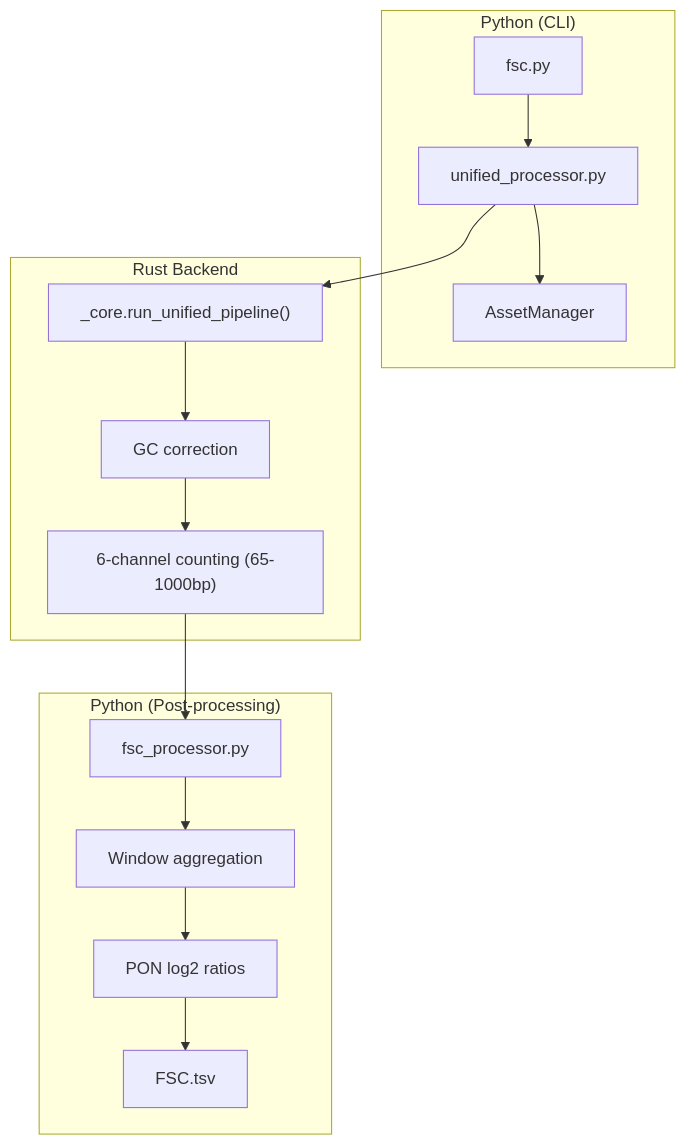
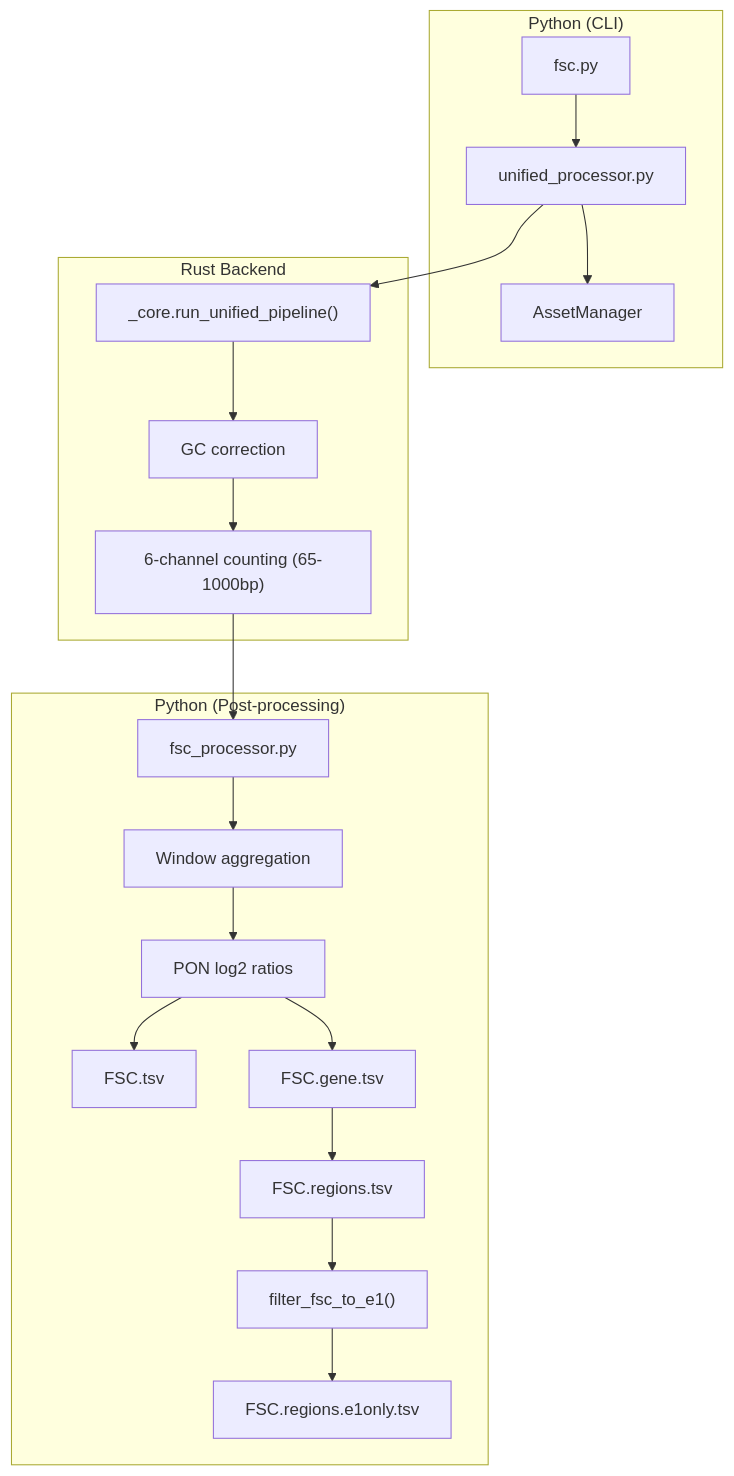
The second of 3 diagrams in docs/features/fsc.md (msk-access/krewlyzer), drawn with Mermaid before and after one commit. The commit also changed other lines of this file and 19 other files, not shown here.

````diff
--- a/docs/features/fsc.md
+++ b/docs/features/fsc.md
@@ -84,20 +84,24 @@
 ```mermaid
 flowchart TB
     subgraph "Python (CLI)"
         CLI["fsc.py"] --> UP["unified_processor.py"]
         UP --> ASSETS["AssetManager"]
     end
     
     subgraph "Rust Backend"
         UP --> RUST["_core.run_unified_pipeline()"]
         RUST --> GC["GC correction"]
         GC --> COUNT["6-channel counting (65-1000bp)"]
     end
     
     subgraph "Python (Post-processing)"
         COUNT --> PROC["fsc_processor.py"]
         PROC --> AGG["Window aggregation"]
         AGG --> PON["PON log2 ratios"]
         PON --> OUT["FSC.tsv"]
+        PON --> GENE["FSC.gene.tsv"]
+        GENE --> REG["FSC.regions.tsv"]
+        REG --> E1["filter_fsc_to_e1()"]
+        E1 --> E1OUT["FSC.regions.e1only.tsv"]
     end
 ```
````
